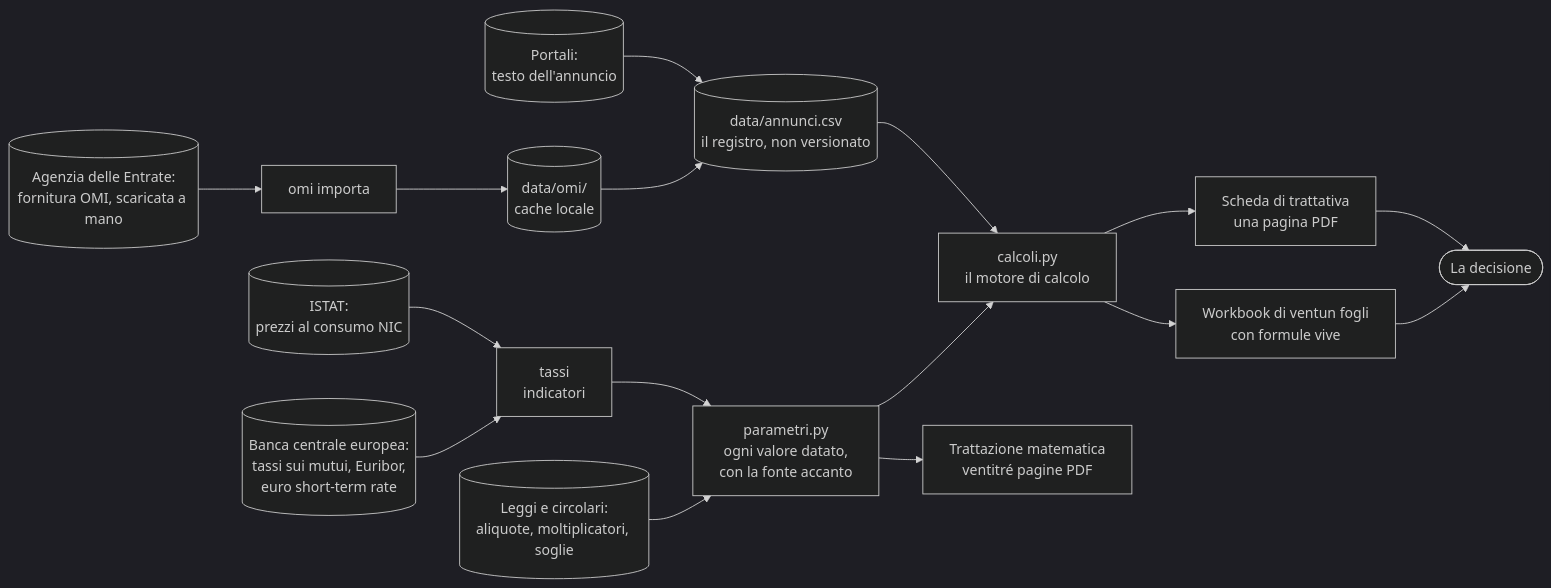
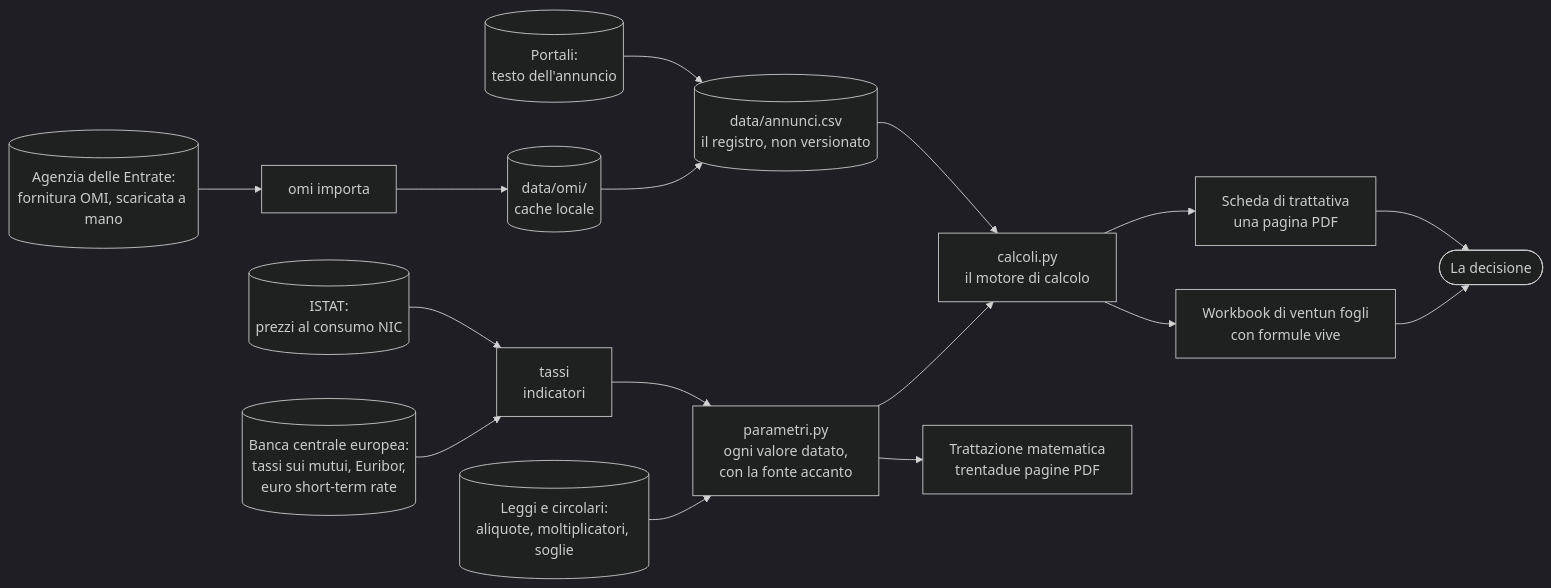
Before and after one commit to alesop95/real-estate: the second of 2 diagrams in docs/manuale-operativo.md, drawn with Mermaid (dark theme). The commit also changed other lines of this file and 7 other files, not shown here.

````diff
--- a/docs/manuale-operativo.md
+++ b/docs/manuale-operativo.md
@@ -44,18 +44,18 @@
 ```mermaid
 flowchart LR
     BCE[("Banca centrale europea:<br/>tassi sui mutui, Euribor,<br/>euro short-term rate")] --> CMD1["tassi<br/>indicatori"]
     ISTAT[("ISTAT:<br/>prezzi al consumo NIC")] --> CMD1
     AE[("Agenzia delle Entrate:<br/>fornitura OMI, scaricata a mano")] --> CMD2["omi importa"]
     NORMA[("Leggi e circolari:<br/>aliquote, moltiplicatori, soglie")] --> PARAM["parametri.py<br/>ogni valore datato,<br/>con la fonte accanto"]
     CMD1 --> PARAM
     CMD2 --> CACHE[("data/omi/<br/>cache locale")]
     CACHE --> REG[("data/annunci.csv<br/>il registro, non versionato")]
     PORT[("Portali:<br/>testo dell'annuncio")] --> REG
     PARAM --> MOTORE["calcoli.py<br/>il motore di calcolo"]
     REG --> MOTORE
     MOTORE --> XLSX["Workbook di ventun fogli<br/>con formule vive"]
     MOTORE --> SCH["Scheda di trattativa<br/>una pagina PDF"]
-    PARAM --> TRATT["Trattazione matematica<br/>ventitré pagine PDF"]
+    PARAM --> TRATT["Trattazione matematica<br/>trentadue pagine PDF"]
     XLSX --> DEC(["La decisione"])
     SCH --> DEC
 ```
````
